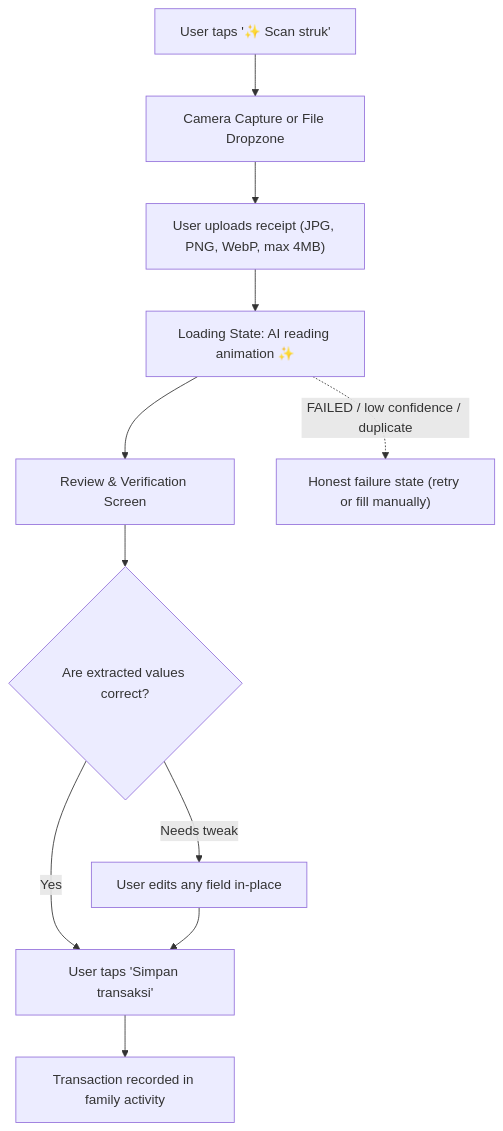
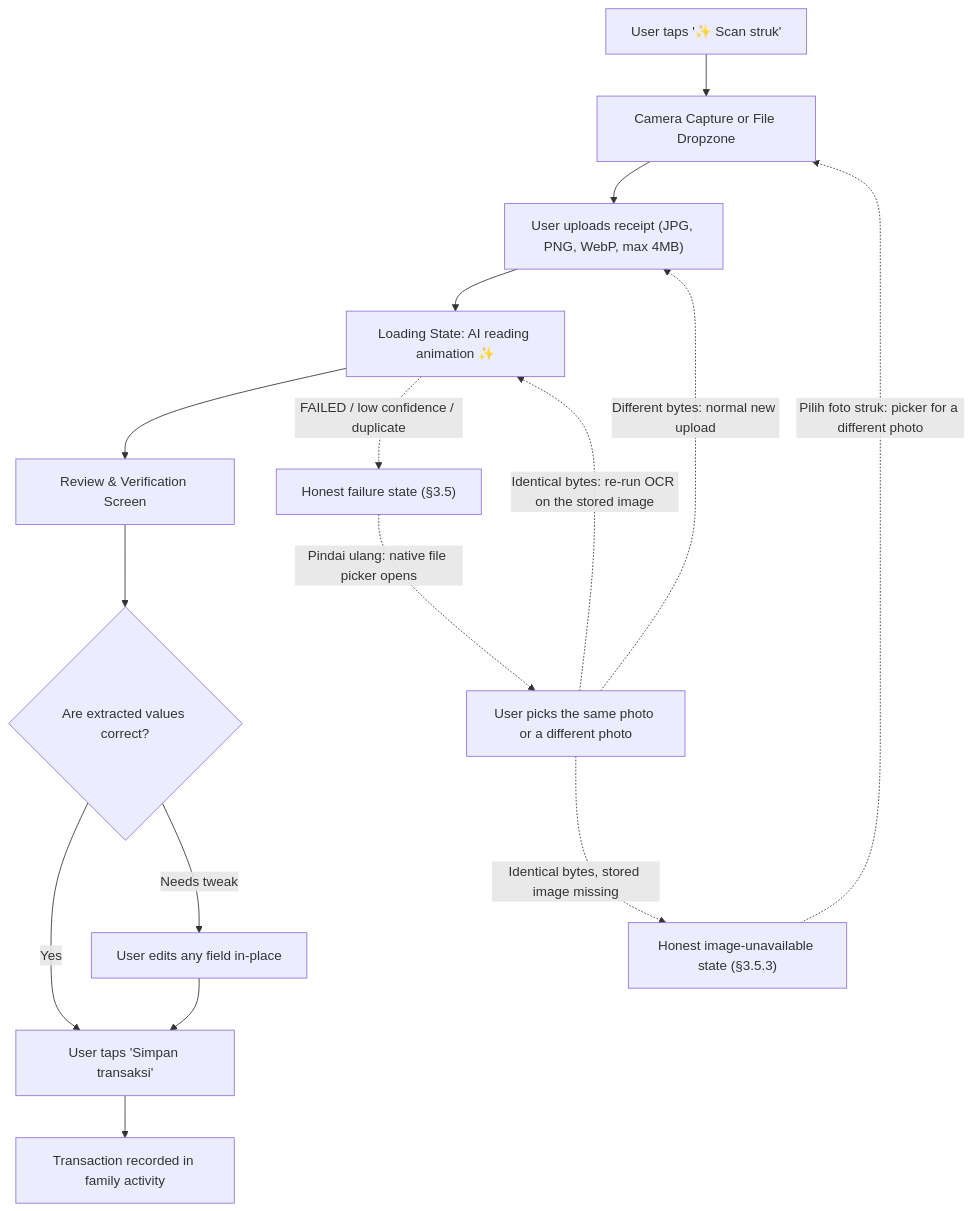
One commit to arissaputra362/financial-diary changed the diagram in docs/design/03-transaction-and-ocr-flow.md. Above: the diagram before and after it, drawn with Mermaid. The commit also changed other lines of this file and 193 other files, not shown here.

````diff
--- a/docs/design/03-transaction-and-ocr-flow.md
+++ b/docs/design/03-transaction-and-ocr-flow.md
@@ -69,13 +80,18 @@
 ```mermaid
 flowchart TD
     A["User taps '✨ Scan struk'"] --> B["Camera Capture or File Dropzone"]
     B --> C["User uploads receipt (JPG, PNG, WebP, max 4MB)"]
     C --> D["Loading State: AI reading animation ✨"]
     D --> E["Review & Verification Screen"]
     E --> F{"Are extracted values correct?"}
     F -- "Yes" --> G["User taps 'Simpan transaksi'"]
     F -- "Needs tweak" --> H["User edits any field in-place"]
     H --> G
     G --> I["Transaction recorded in family activity"]
-    D -. "FAILED / low confidence / duplicate" .-> J["Honest failure state (retry or fill manually)"]
+    D -. "FAILED / low confidence / duplicate" .-> J["Honest failure state (§3.5)"]
+    J -. "Pindai ulang: native file picker opens" .-> K["User picks the same photo or a different photo"]
+    K -. "Different bytes: normal new upload" .-> C
+    K -. "Identical bytes: re-run OCR on the stored image" .-> D
+    K -. "Identical bytes, stored image missing" .-> L["Honest image-unavailable state (§3.5.3)"]
+    L -. "Pilih foto struk: picker for a different photo" .-> B
 ```
````
